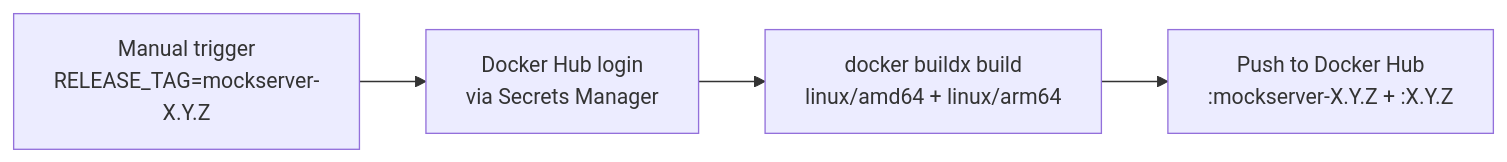
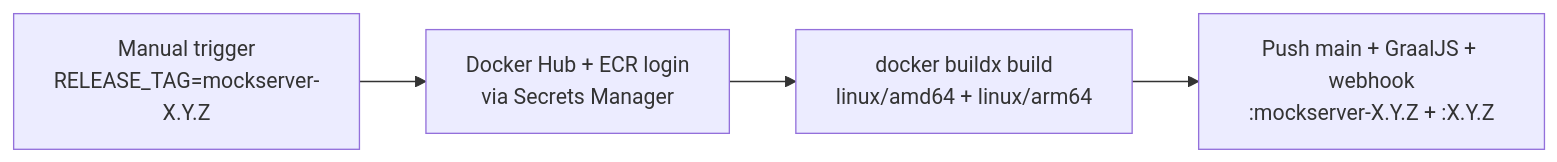
Before and after one commit to sean8601/mockserver-monorepo: the fifth of 6 diagrams in docs/infrastructure/ci-cd.md, drawn with Mermaid. The commit also changed other lines of this file and 10 other files, not shown here.

First line of the commit message:
build(release): build + publish the mockserver-webhook image (k8s injector)

````diff
--- a/docs/infrastructure/ci-cd.md
+++ b/docs/infrastructure/ci-cd.md
@@ -250,10 +251,10 @@
 ```mermaid
 flowchart LR
     TRIGGER["Manual trigger
-RELEASE_TAG=mockserver-X.Y.Z"] --> LOGIN["Docker Hub login
+RELEASE_TAG=mockserver-X.Y.Z"] --> LOGIN["Docker Hub + ECR login
 via Secrets Manager"]
     LOGIN --> BUILD["docker buildx build
 linux/amd64 + linux/arm64"]
-    BUILD --> PUSH["Push to Docker Hub
+    BUILD --> PUSH["Push main + GraalJS + webhook
 :mockserver-X.Y.Z + :X.Y.Z"]
 ```
````
